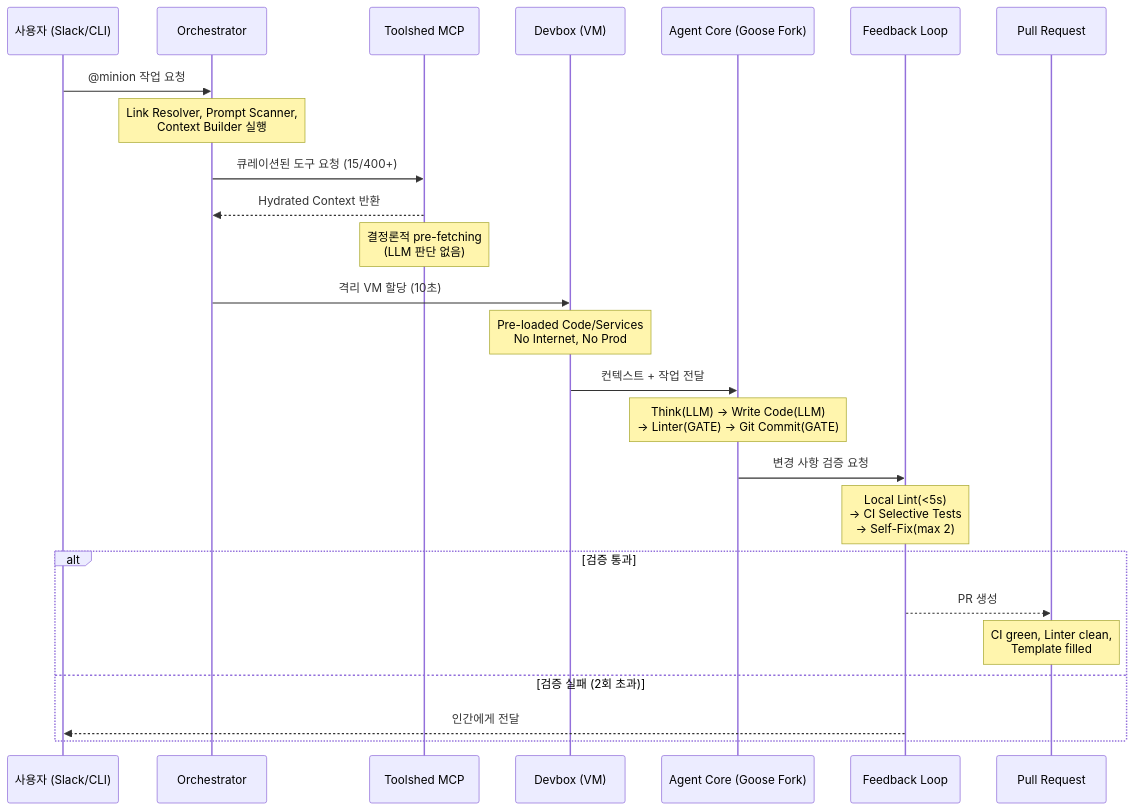
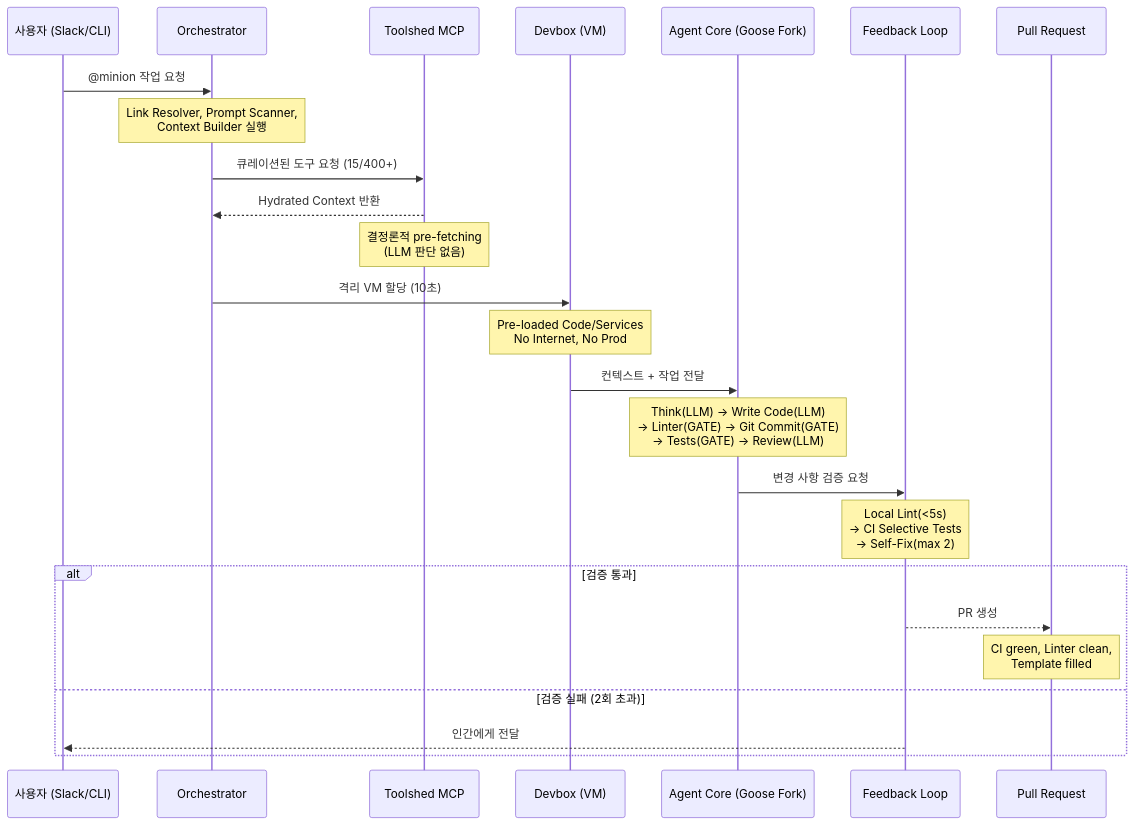
The fifth of 6 diagrams in docs/examples/minions/02-stripe-minions-part2.md (kimchanhyung98/agentic-workflows), drawn with Mermaid before and after one commit.

````diff
--- a/docs/examples/minions/02-stripe-minions-part2.md
+++ b/docs/examples/minions/02-stripe-minions-part2.md
@@ -170,33 +170,33 @@
 ```mermaid
 sequenceDiagram
     participant U as 사용자 (Slack/CLI)
     participant O as Orchestrator
     participant T as Toolshed MCP
     participant D as Devbox (VM)
     participant A as Agent Core (Goose Fork)
     participant F as Feedback Loop
     participant PR as Pull Request
 
     U->>O: @minion 작업 요청
     Note over O: Link Resolver, Prompt Scanner,<br/>Context Builder 실행
 
     O->>T: 큐레이션된 도구 요청 (15/400+)
     T-->>O: Hydrated Context 반환
     Note over T: 결정론적 pre-fetching<br/>(LLM 판단 없음)
 
     O->>D: 격리 VM 할당 (10초)
     Note over D: Pre-loaded Code/Services<br/>No Internet, No Prod
 
     D->>A: 컨텍스트 + 작업 전달
-    Note over A: Think(LLM) → Write Code(LLM)<br/>→ Linter(GATE) → Git Commit(GATE)
+    Note over A: Think(LLM) → Write Code(LLM)<br/>→ Linter(GATE) → Git Commit(GATE)<br/>→ Tests(GATE) → Review(LLM)
 
     A->>F: 변경 사항 검증 요청
     Note over F: Local Lint(<5s)<br/>→ CI Selective Tests<br/>→ Self-Fix(max 2)
 
     alt 검증 통과
         F-->>PR: PR 생성
         Note over PR: CI green, Linter clean,<br/>Template filled
     else 검증 실패 (2회 초과)
         F-->>U: 인간에게 전달
     end
 ```
````
